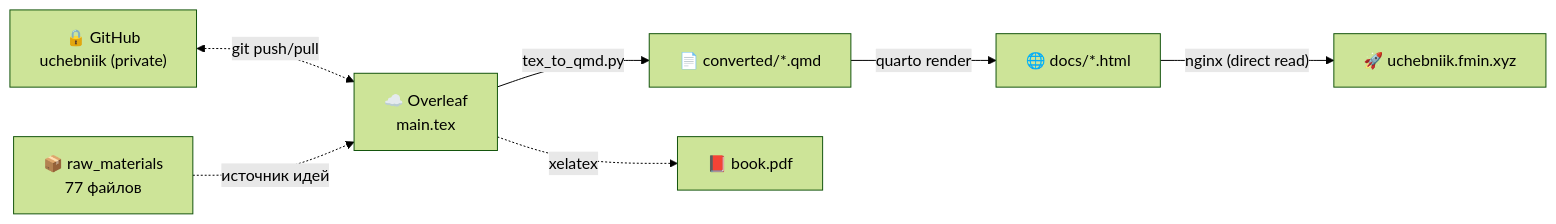
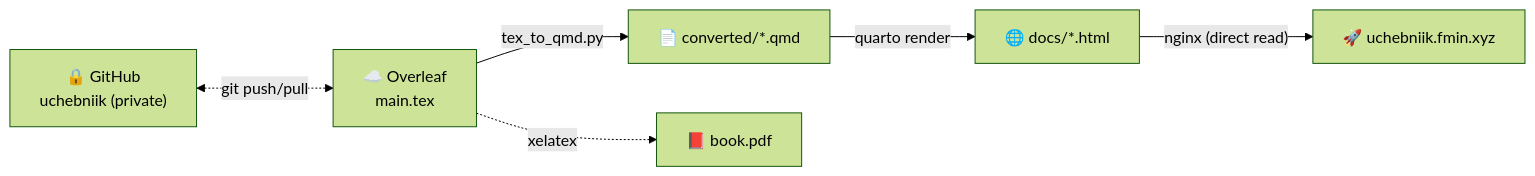
Before and after one commit to educational-ai/sigma: the diagram in index.qmd, drawn with Mermaid (forest theme). The commit also changed other lines of this file and 152 other files, not shown here.

````diff
--- a/index.qmd
+++ b/index.qmd
@@ -23,9 +23,8 @@
 ```{mermaid}
 flowchart LR
     OL["☁️ Overleaf<br/>main.tex"] -->|"tex_to_qmd.py"| QMD["📄 converted/*.qmd"]
     QMD -->|"quarto render"| HTML["🌐 docs/*.html"]
     HTML -->|"nginx (direct read)"| SITE["🚀 uchebniik.fmin.xyz"]
     OL -.->|"xelatex"| PDF["📕 book.pdf"]
     GH["🔒 GitHub<br/>uchebniik (private)"] <-.->|"git push/pull"| OL
-    RAW["📦 raw_materials<br/>77 файлов"] -.->|"источник идей"| OL
 ```
````
